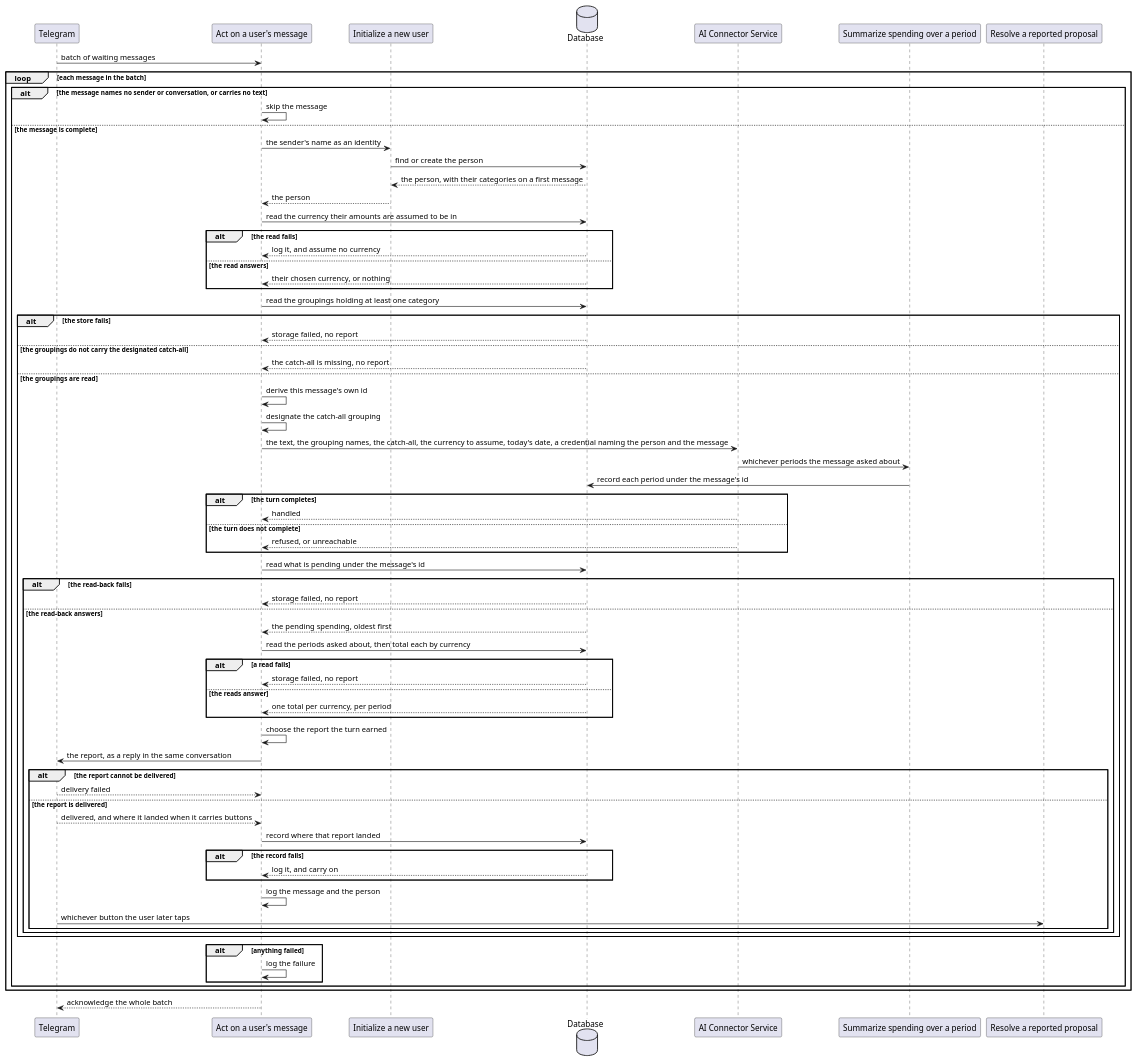
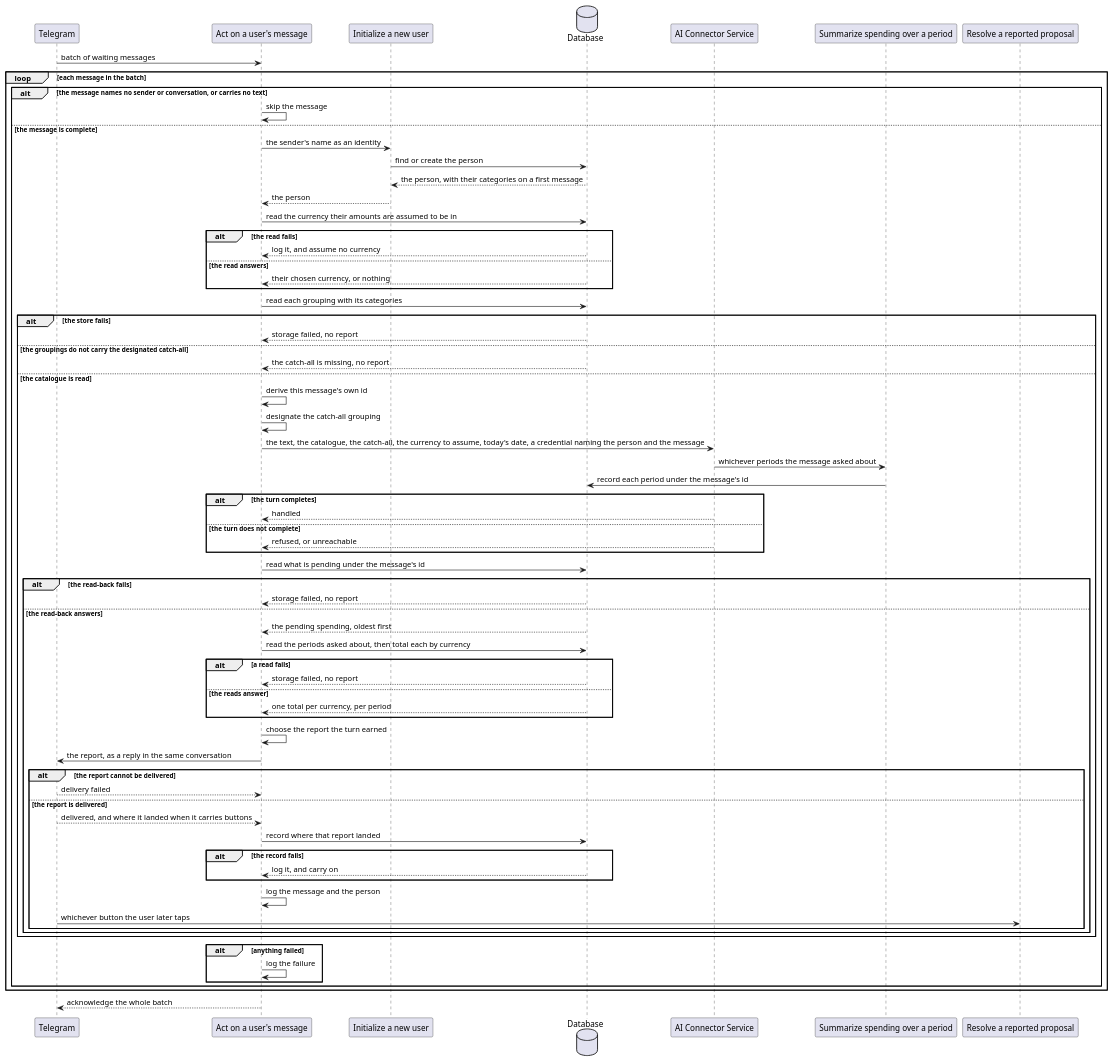
The second of 2 diagrams in ledger-service/docs/usecases/handle-incoming-message.md (ds-usova/finance-bot), drawn with PlantUML before and after one commit. The commit also changed other lines of this file and 13 other files, not shown here.

````diff
--- a/ledger-service/docs/usecases/handle-incoming-message.md
+++ b/ledger-service/docs/usecases/handle-incoming-message.md
@@ -168,77 +168,77 @@
 ```plantuml
 @startuml ActOnUserMessage-Sequence
 participant "Telegram" as TG
 participant "Act on a user's message" as UC
 participant "Initialize a new user" as IU
 database "Database" as DB
 participant "AI Connector Service" as AI
 participant "Summarize spending over a period" as SS
 participant "Resolve a reported proposal" as RP
 
 TG -> UC : batch of waiting messages
 
 loop each message in the batch
   alt the message names no sender or conversation, or carries no text
     UC -> UC : skip the message
   else the message is complete
     UC -> IU : the sender's name as an identity
     IU -> DB : find or create the person
     DB --> IU : the person, with their categories on a first message
     IU --> UC : the person
     UC -> DB : read the currency their amounts are assumed to be in
     alt the read fails
       DB --> UC : log it, and assume no currency
     else the read answers
       DB --> UC : their chosen currency, or nothing
     end
-    UC -> DB : read the groupings holding at least one category
+    UC -> DB : read each grouping with its categories
     alt the store fails
       DB --> UC : storage failed, no report
     else the groupings do not carry the designated catch-all
       DB --> UC : the catch-all is missing, no report
-    else the groupings are read
+    else the catalogue is read
       UC -> UC : derive this message's own id
       UC -> UC : designate the catch-all grouping
-      UC -> AI : the text, the grouping names, the catch-all, the currency to assume, today's date, a credential naming the person and the message
+      UC -> AI : the text, the catalogue, the catch-all, the currency to assume, today's date, a credential naming the person and the message
       AI -> SS : whichever periods the message asked about
       SS -> DB : record each period under the message's id
       alt the turn completes
         AI --> UC : handled
       else the turn does not complete
         AI --> UC : refused, or unreachable
       end
       UC -> DB : read what is pending under the message's id
       alt the read-back fails
         DB --> UC : storage failed, no report
       else the read-back answers
         DB --> UC : the pending spending, oldest first
         UC -> DB : read the periods asked about, then total each by currency
         alt a read fails
           DB --> UC : storage failed, no report
         else the reads answer
           DB --> UC : one total per currency, per period
         end
         UC -> UC : choose the report the turn earned
         UC -> TG : the report, as a reply in the same conversation
         alt the report cannot be delivered
           TG --> UC : delivery failed
         else the report is delivered
           TG --> UC : delivered, and where it landed when it carries buttons
           UC -> DB : record where that report landed
           alt the record fails
             DB --> UC : log it, and carry on
           end
           UC -> UC : log the message and the person
           TG -> RP : whichever button the user later taps
         end
       end
     end
     alt anything failed
       UC -> UC : log the failure
     end
   end
 end
 
 UC --> TG : acknowledge the whole batch
 @enduml
 ```
````
